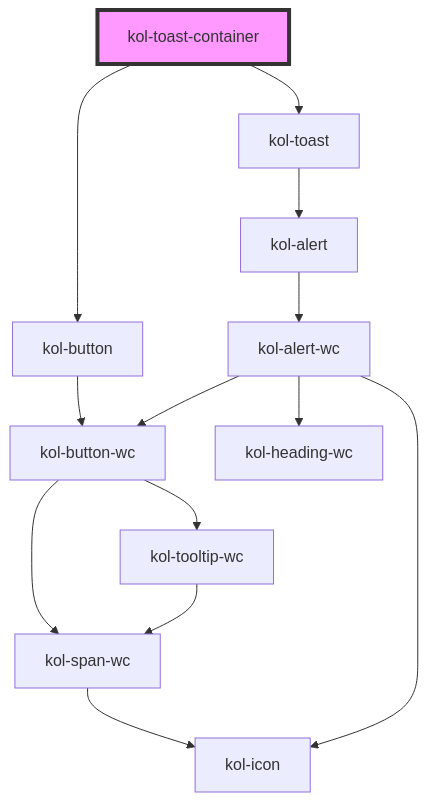
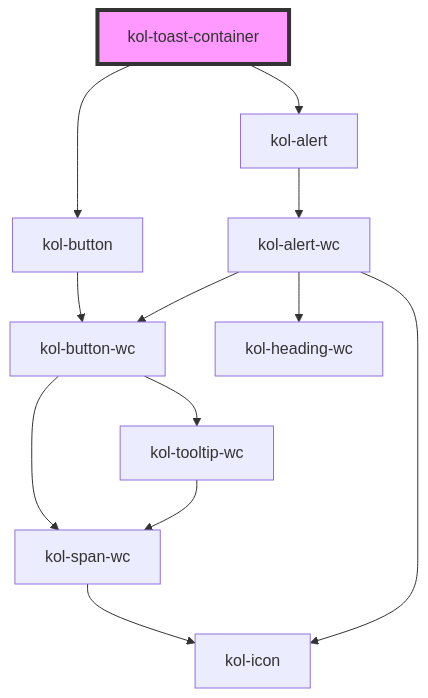
Before and after one commit to public-ui/kolibri: the diagram in packages/components/src/components/toast-container/readme.md, drawn with Mermaid. The commit also changed other lines of this file and 3 other files, not shown here.

````diff
--- a/packages/components/src/components/toast-container/readme.md
+++ b/packages/components/src/components/toast-container/readme.md
@@ -22,16 +22,15 @@
 ```mermaid
 graph TD;
   kol-toast-container --> kol-button
-  kol-toast-container --> kol-toast
+  kol-toast-container --> kol-alert
   kol-button --> kol-button-wc
   kol-button-wc --> kol-span-wc
   kol-button-wc --> kol-tooltip-wc
   kol-span-wc --> kol-icon
   kol-tooltip-wc --> kol-span-wc
-  kol-toast --> kol-alert
   kol-alert --> kol-alert-wc
   kol-alert-wc --> kol-heading-wc
   kol-alert-wc --> kol-button-wc
   kol-alert-wc --> kol-icon
   style kol-toast-container fill:#f9f,stroke:#333,stroke-width:4px
 ```
````
